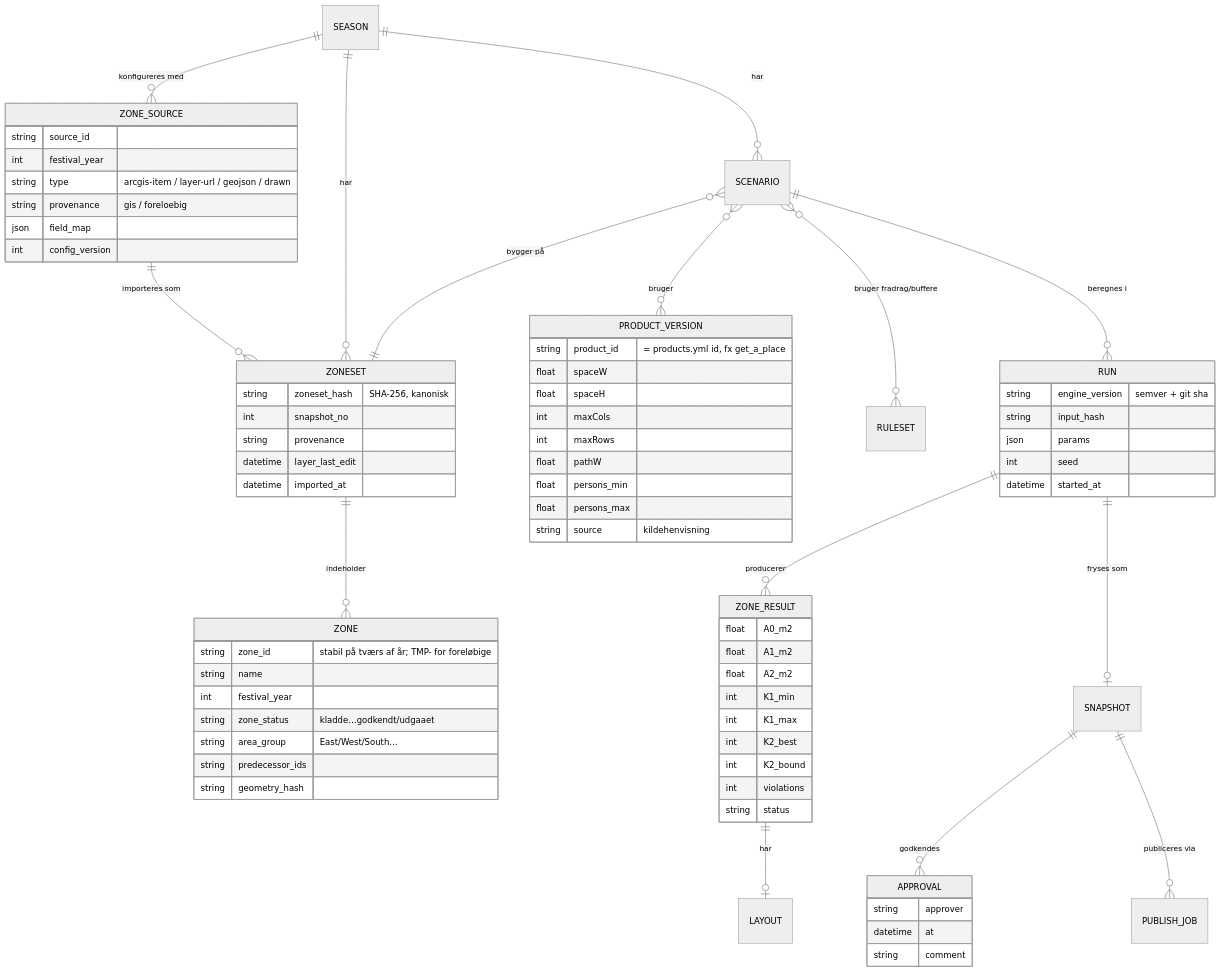
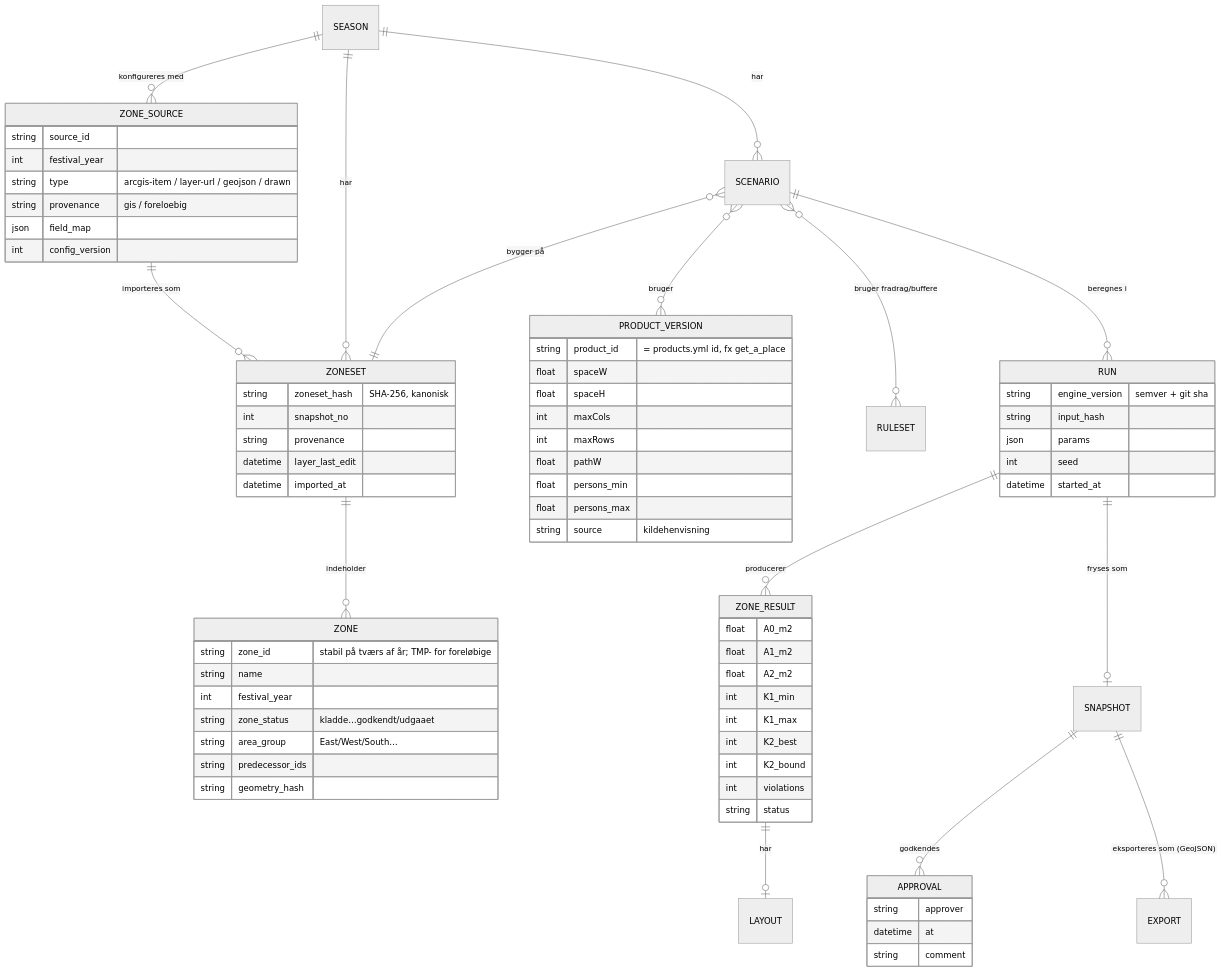
The second of 3 diagrams in DISCOVERY-ARCHITECTURE.md (steenh/camping-space-mapper), drawn with Mermaid (neutral theme) before and after one commit. The commit also changed other lines of this file and 7 other files, not shown here.

First line of the commit message:
Dokumentér A9: ArcGIS er read-only i alle faser

````diff
--- a/DISCOVERY-ARCHITECTURE.md
+++ b/DISCOVERY-ARCHITECTURE.md
@@ -133,75 +133,75 @@
 ```mermaid
 erDiagram
   SEASON ||--o{ ZONE_SOURCE : "konfigureres med"
   ZONE_SOURCE ||--o{ ZONESET : "importeres som"
   SEASON ||--o{ ZONESET : "har"
   ZONESET ||--o{ ZONE : "indeholder"
   SEASON ||--o{ SCENARIO : "har"
   SCENARIO }o--|| ZONESET : "bygger på"
   SCENARIO }o--o{ PRODUCT_VERSION : "bruger"
   SCENARIO }o--o{ RULESET : "bruger fradrag/buffere"
   SCENARIO ||--o{ RUN : "beregnes i"
   RUN ||--o{ ZONE_RESULT : "producerer"
   ZONE_RESULT ||--o| LAYOUT : "har"
   RUN ||--o| SNAPSHOT : "fryses som"
   SNAPSHOT ||--o{ APPROVAL : "godkendes"
-  SNAPSHOT ||--o{ PUBLISH_JOB : "publiceres via"
+  SNAPSHOT ||--o{ EXPORT : "eksporteres som (GeoJSON)"
   ZONE_SOURCE {
     string source_id
     int festival_year
     string type "arcgis-item / layer-url / geojson / drawn"
     string provenance "gis / foreloebig"
     json field_map
     int config_version
   }
   ZONESET {
     string zoneset_hash "SHA-256, kanonisk"
     int snapshot_no
     string provenance
     datetime layer_last_edit
     datetime imported_at
   }
   ZONE {
     string zone_id "stabil på tværs af år; TMP- for foreløbige"
     string name
     int festival_year
     string zone_status "kladde…godkendt/udgaaet"
     string area_group "East/West/South…"
     string predecessor_ids
     string geometry_hash
   }
   PRODUCT_VERSION {
     string product_id "= products.yml id, fx get_a_place"
     float spaceW
     float spaceH
     int maxCols
     int maxRows
     float pathW
     float persons_min
     float persons_max
     string source "kildehenvisning"
   }
   RUN {
     string engine_version "semver + git sha"
     string input_hash
     json params
     int seed
     datetime started_at
   }
   ZONE_RESULT {
     float A0_m2
     float A1_m2
     float A2_m2
     int K1_min
     int K1_max
     int K2_best
     int K2_bound
     int violations
     string status
   }
   APPROVAL {
     string approver
     datetime at
     string comment
   }
 ```
````
